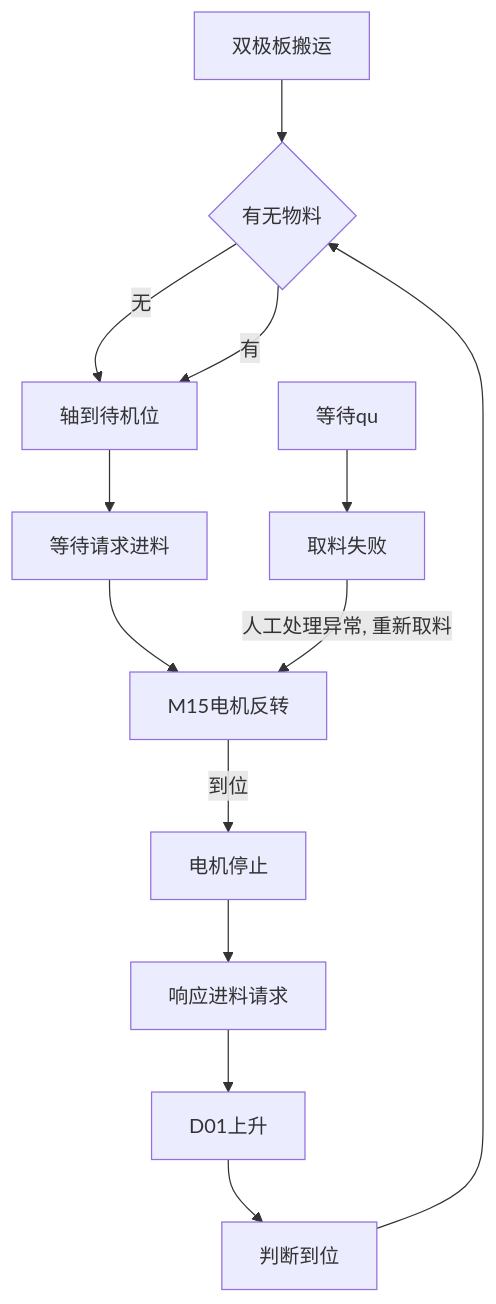
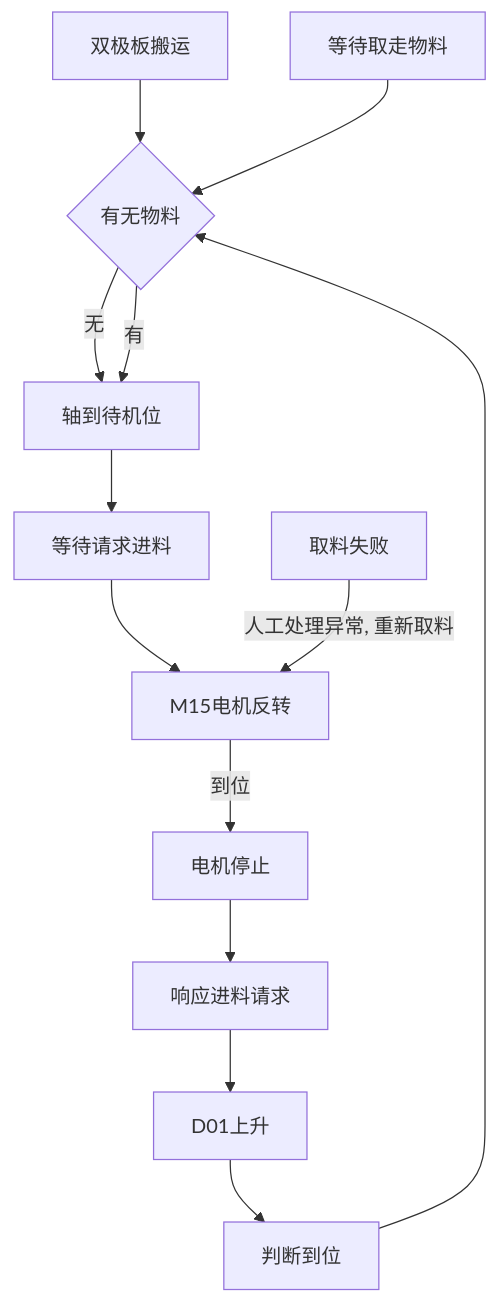
Before and after one commit to PengKun1/iodraw-files: the diagram in all/未命名-1.md, drawn with Mermaid.

Commit message:
2024-08-20 11:03:43 update

````diff
--- a/all/未命名-1.md
+++ b/all/未命名-1.md
@@ -1,17 +1,17 @@
 ```mermaid
 graph TD
 0[双极板搬运]-->10
 10{有无物料}-->|无|20
 10-->|有|20
 20[轴到待机位]-->30
 30[等待请求进料]-->40
 40[M15电机反转]-->|到位|50
 50[电机停止]-->60
 60[响应进料请求]-->70
 70[D01上升]-->80
 80[判断到位]-->10
 
-90[等待qu]-->900
+90[等待取走物料]-->10
 
 900[取料失败]-->|人工处理异常, 重新取料|40
 ```
````
